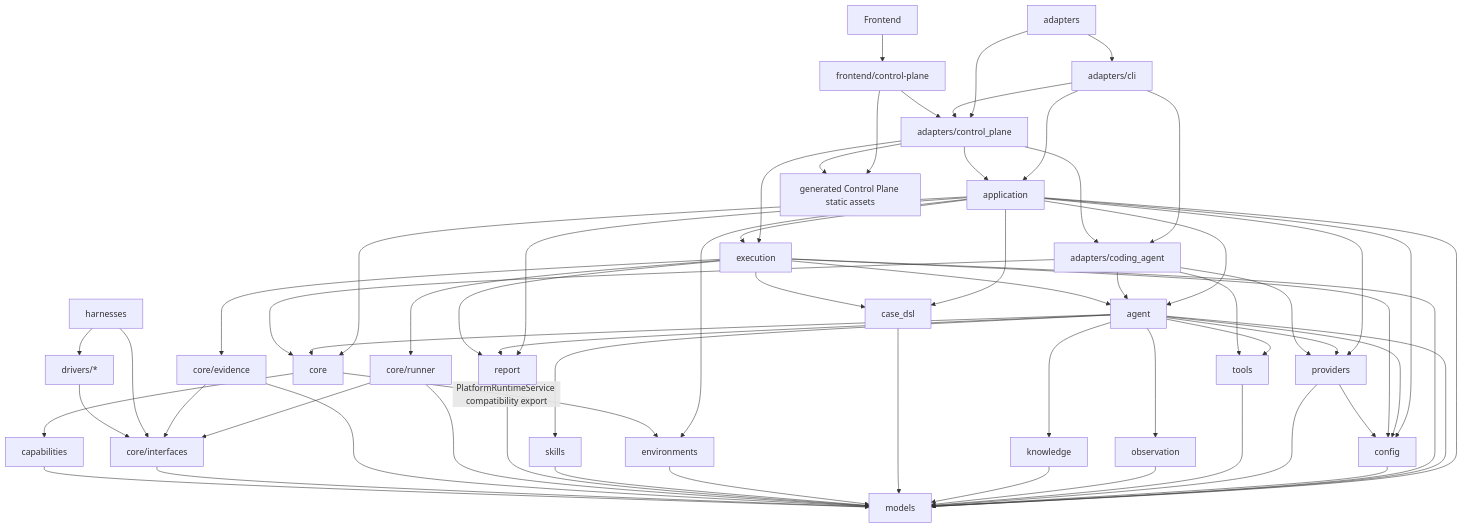
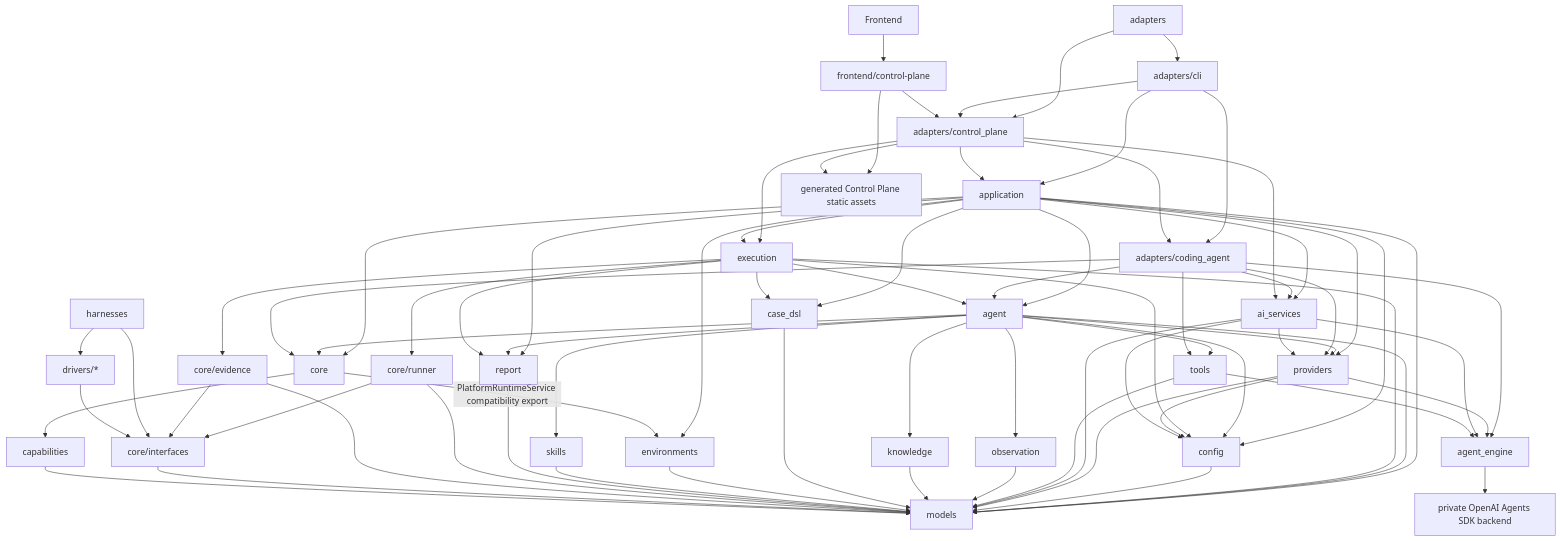
One commit to microsoft/FSQ changed the diagram in SPEC.md. Above: the diagram before and after it, drawn with Mermaid. The commit also changed other lines of this file and 56 other files, not shown here.

First line of the commit message:
Isolate agent inference behind neutral engine

````diff
--- a/SPEC.md
+++ b/SPEC.md
@@ -169,65 +183,76 @@
 ```mermaid
 flowchart TD
     Adapters[adapters] --> CLI[adapters/cli]
     Adapters --> ControlPlane[adapters/control_plane]
     CLI --> Application[application]
     CLI --> ControlPlane
     ControlPlane --> Application
     ControlPlane --> Execution[execution]
     CLI --> CodingAgent[adapters/coding_agent]
     ControlPlane --> CodingAgent
     Application --> Agent[agent]
     Application --> Execution
     Application --> Core[core]
     Application --> CaseDSL[case_dsl]
     Application --> Environments[environments]
     Application --> Config[config]
     Application --> Providers[providers]
+    Application --> AIServices[ai_services]
     Application --> Models[models]
     Application --> Report[report]
     Agent --> Core[core]
     Agent --> Config[config]
     Agent --> Providers[providers]
     Agent --> Models[models]
     Agent --> Tools[tools]
     Agent --> Observation[observation]
     Agent --> Knowledge[knowledge]
     Agent --> Skills[skills]
     Agent --> Report[report]
     CodingAgent --> Agent
     CodingAgent --> Providers
+    CodingAgent --> AIServices
+    CodingAgent --> AgentEngine[agent_engine]
     CodingAgent --> Core
     CodingAgent --> Tools
     Execution --> Agent
     Execution --> CoreRunner[core/runner]
     Execution --> CoreEvidence[core/evidence]
     Execution --> CaseDSL
     Execution --> Config
     Execution --> Models
     Execution --> Report
     Config --> Models
     Providers --> Config
     Providers --> Models
+    Providers --> AgentEngine
+    AIServices --> Providers
+    AIServices --> Config
+    AIServices --> Models
+    AIServices --> AgentEngine
+    AgentEngine --> SDK[private OpenAI Agents SDK backend]
     Tools --> Models
+    Tools --> AgentEngine
+    ControlPlane --> AIServices
     Observation --> Models
     Knowledge --> Models
     CaseDSL --> Models
     Environments --> Models
     Skills --> Models
     Report --> Models
     CoreRunner --> CoreInterfaces[core/interfaces]
     CoreEvidence --> CoreInterfaces
     CoreRunner --> Models
     CoreEvidence --> Models
     CoreInterfaces --> Models
     Harnesses[harnesses] --> CoreInterfaces
     Harnesses --> Drivers[drivers/*]
     Drivers --> CoreInterfaces
     Capabilities[capabilities] --> Models
     Core --> Capabilities
     Core -->|PlatformRuntimeService compatibility export| Environments
     Frontend --> FrontendControlPlane[frontend/control-plane]
     FrontendControlPlane --> ControlPlane
     FrontendControlPlane --> ControlPlaneStatic[generated Control Plane static assets]
     ControlPlane --> ControlPlaneStatic
 ```
````
